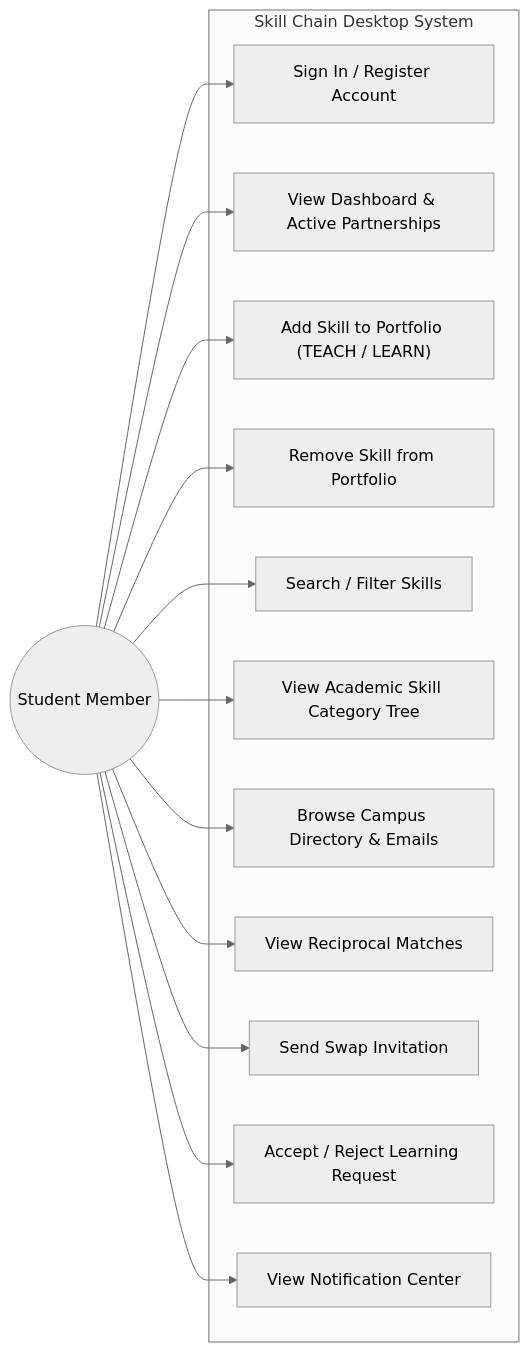
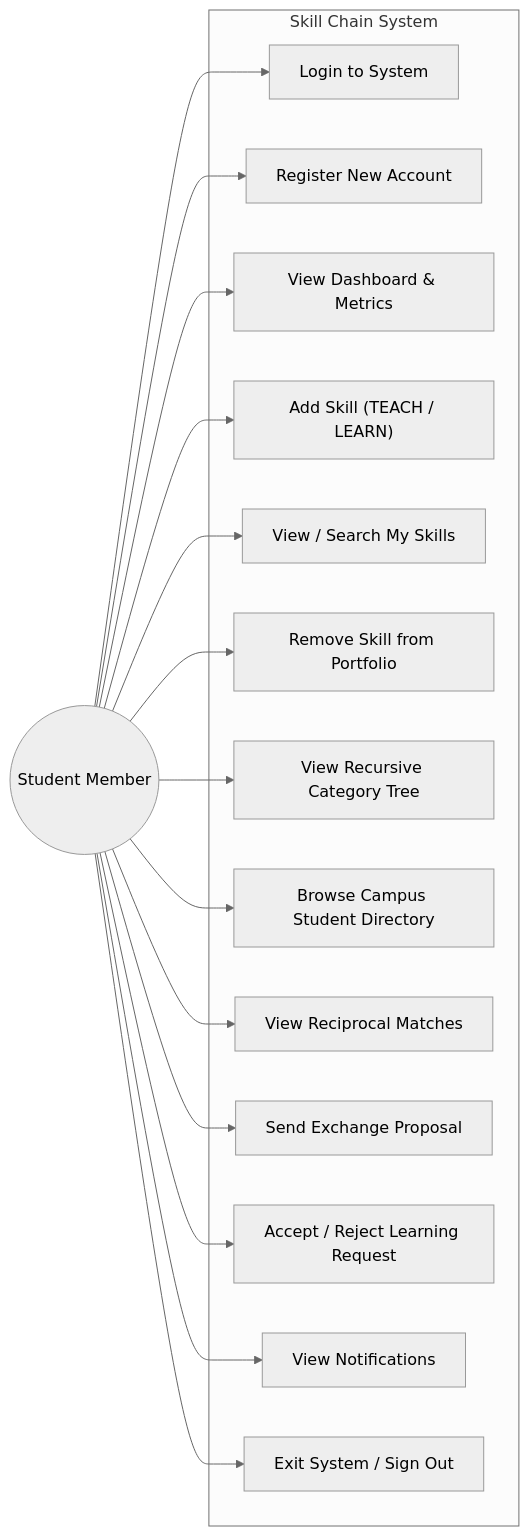
One commit to varsha1125/skill_chain changed the second of 3 diagrams in PROJECT_REPORT.md. Above: the diagram before and after it, drawn with Mermaid (neutral theme). The commit also changed other lines of this file and 3 other files, not shown here.

````diff
--- a/PROJECT_REPORT.md
+++ b/PROJECT_REPORT.md
@@ -164,30 +205,34 @@
 ```mermaid
 flowchart LR
     Student((Student Member))
 
-    subgraph SystemBoundary["Skill Chain Desktop System"]
-        UC1["Sign In / Register Account"]
-        UC2["View Dashboard & Active Partnerships"]
-        UC3["Add Skill to Portfolio (TEACH / LEARN)"]
-        UC4["Remove Skill from Portfolio"]
-        UC5["Search / Filter Skills"]
-        UC6["View Academic Skill Category Tree"]
-        UC7["Browse Campus Directory & Emails"]
-        UC8["View Reciprocal Matches"]
-        UC9["Send Swap Invitation"]
-        UC10["Accept / Reject Learning Request"]
-        UC11["View Notification Center"]
+    subgraph SkillChainSystem["Skill Chain System"]
+        UC1["Login to System"]
+        UC2["Register New Account"]
+        UC3["View Dashboard & Metrics"]
+        UC4["Add Skill (TEACH / LEARN)"]
+        UC5["View / Search My Skills"]
+        UC6["Remove Skill from Portfolio"]
+        UC7["View Recursive Category Tree"]
+        UC8["Browse Campus Student Directory"]
+        UC9["View Reciprocal Matches"]
+        UC10["Send Exchange Proposal"]
+        UC11["Accept / Reject Learning Request"]
+        UC12["View Notifications"]
+        UC13["Exit System / Sign Out"]
     end
 
     Student --> UC1
     Student --> UC2
     Student --> UC3
     Student --> UC4
     Student --> UC5
     Student --> UC6
     Student --> UC7
     Student --> UC8
     Student --> UC9
     Student --> UC10
     Student --> UC11
+    Student --> UC12
+    Student --> UC13
 ```
````
